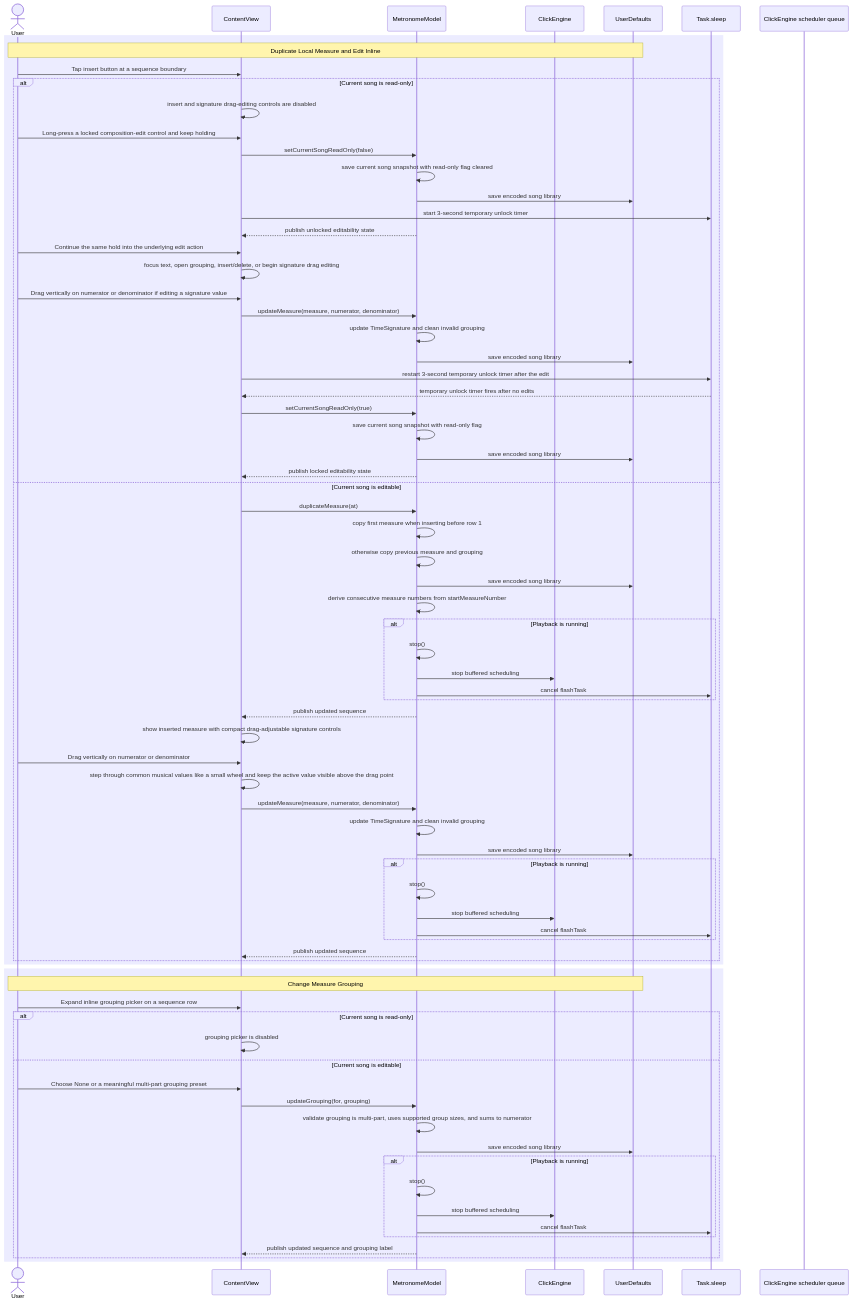
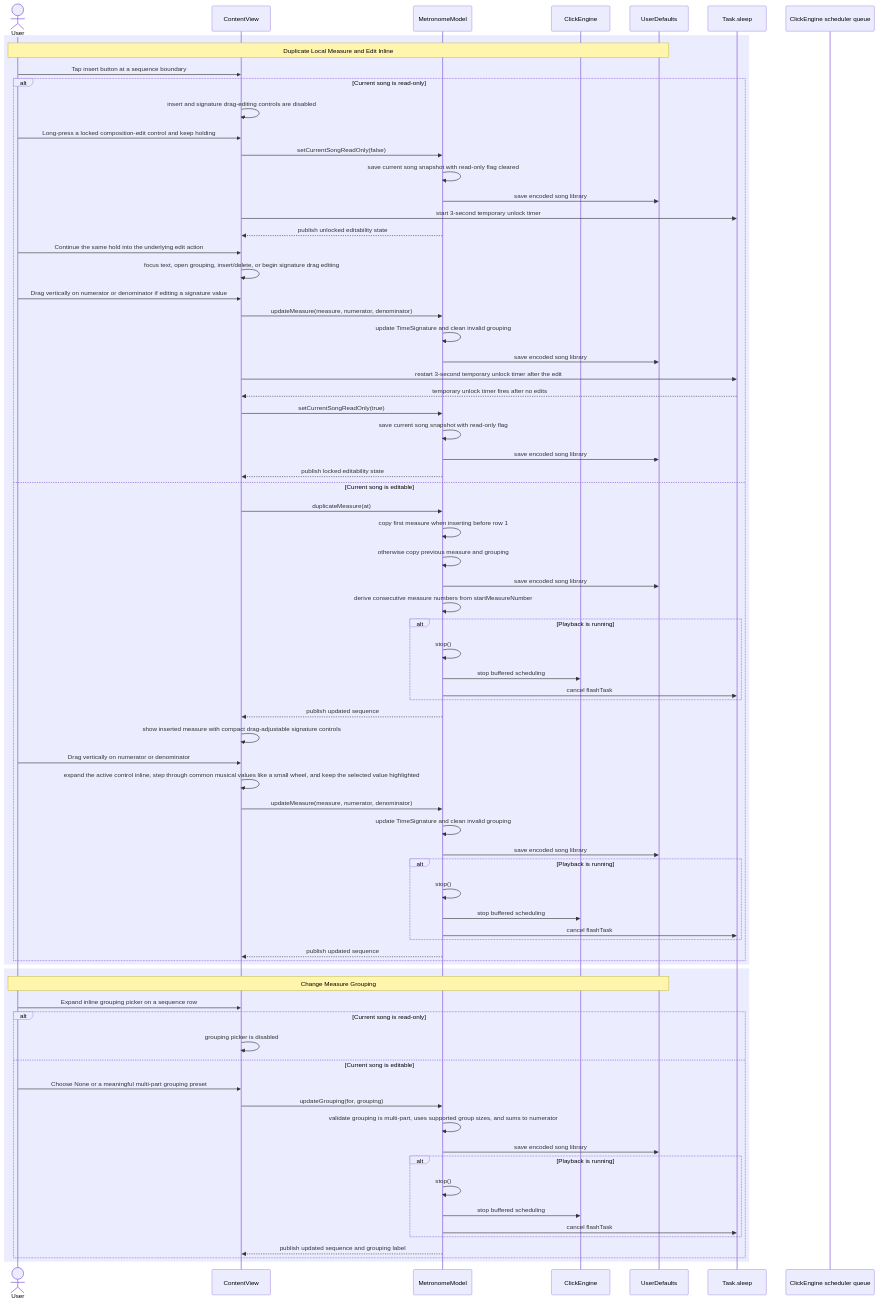
One commit to pieterlambers/irregular-measure-metronome changed the fourth of 5 diagrams in docs/subdocument/USER_ACTION_SEQUENCE.md. Above: the diagram before and after it, drawn with Mermaid. The commit also changed 5 other files, not shown here.

Commit message:
Expand signature wheel inline while editing

````diff
--- a/docs/subdocument/USER_ACTION_SEQUENCE.md
+++ b/docs/subdocument/USER_ACTION_SEQUENCE.md
@@ -255,79 +255,79 @@
 ```mermaid
 sequenceDiagram
     actor User
     participant View as ContentView
     participant Model as MetronomeModel
     participant Engine as ClickEngine
     participant Defaults as UserDefaults
     participant Timer as Task.sleep
     participant Queue as ClickEngine scheduler queue
 
     rect rgb(236, 236, 255)
         Note over User,Defaults: Duplicate Local Measure and Edit Inline
         User->>View: Tap insert button at a sequence boundary
         alt Current song is read-only
             View->>View: insert and signature drag-editing controls are disabled
             User->>View: Long-press a locked composition-edit control and keep holding
             View->>Model: setCurrentSongReadOnly(false)
             Model->>Model: save current song snapshot with read-only flag cleared
             Model->>Defaults: save encoded song library
             View->>Timer: start 3-second temporary unlock timer
             Model-->>View: publish unlocked editability state
             User->>View: Continue the same hold into the underlying edit action
             View->>View: focus text, open grouping, insert/delete, or begin signature drag editing
             User->>View: Drag vertically on numerator or denominator if editing a signature value
             View->>Model: updateMeasure(measure, numerator, denominator)
             Model->>Model: update TimeSignature and clean invalid grouping
             Model->>Defaults: save encoded song library
             View->>Timer: restart 3-second temporary unlock timer after the edit
             Timer-->>View: temporary unlock timer fires after no edits
             View->>Model: setCurrentSongReadOnly(true)
             Model->>Model: save current song snapshot with read-only flag
             Model->>Defaults: save encoded song library
             Model-->>View: publish locked editability state
         else Current song is editable
             View->>Model: duplicateMeasure(at)
             Model->>Model: copy first measure when inserting before row 1
             Model->>Model: otherwise copy previous measure and grouping
             Model->>Defaults: save encoded song library
             Model->>Model: derive consecutive measure numbers from startMeasureNumber
             alt Playback is running
                 Model->>Model: stop()
                 Model->>Engine: stop buffered scheduling
                 Model->>Timer: cancel flashTask
             end
             Model-->>View: publish updated sequence
             View->>View: show inserted measure with compact drag-adjustable signature controls
             User->>View: Drag vertically on numerator or denominator
-            View->>View: step through common musical values like a small wheel and keep the active value visible above the drag point
+            View->>View: expand the active control inline, step through common musical values like a small wheel, and keep the selected value highlighted
             View->>Model: updateMeasure(measure, numerator, denominator)
             Model->>Model: update TimeSignature and clean invalid grouping
             Model->>Defaults: save encoded song library
             alt Playback is running
                 Model->>Model: stop()
                 Model->>Engine: stop buffered scheduling
                 Model->>Timer: cancel flashTask
             end
             Model-->>View: publish updated sequence
         end
     end
 
     rect rgb(236, 236, 255)
         Note over User,Defaults: Change Measure Grouping
         User->>View: Expand inline grouping picker on a sequence row
         alt Current song is read-only
             View->>View: grouping picker is disabled
         else Current song is editable
             User->>View: Choose None or a meaningful multi-part grouping preset
             View->>Model: updateGrouping(for, grouping)
             Model->>Model: validate grouping is multi-part, uses supported group sizes, and sums to numerator
             Model->>Defaults: save encoded song library
             alt Playback is running
                 Model->>Model: stop()
                 Model->>Engine: stop buffered scheduling
                 Model->>Timer: cancel flashTask
             end
             Model-->>View: publish updated sequence and grouping label
         end
     end
 ```
````
